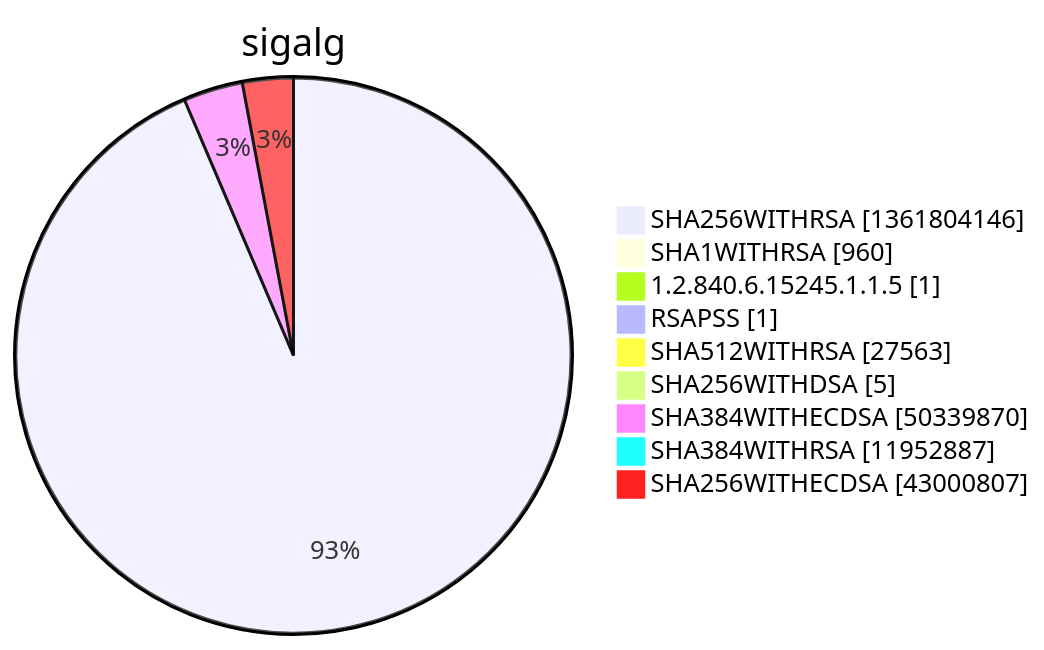
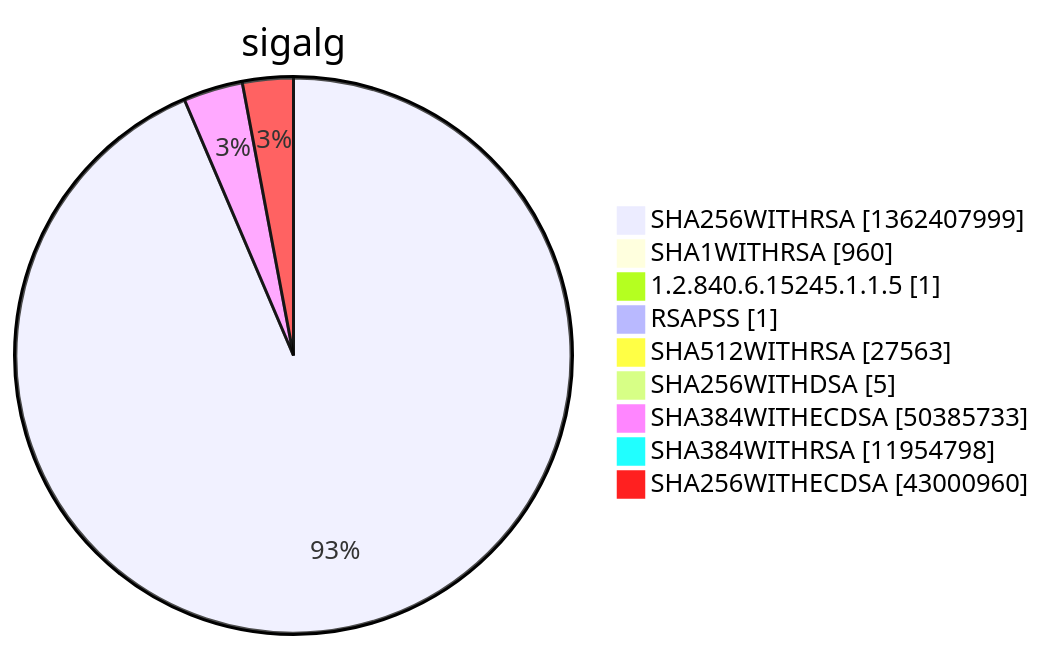
One commit to christiankrug/ctmonitor_visualization changed diagram 15 of 15 in argon2022/README.md. Above: the diagram before and after it, drawn with Mermaid. The commit also changed other lines of this file, not shown here.

````diff
--- a/argon2022/README.md
+++ b/argon2022/README.md
@@ -5524,13 +5524,13 @@
 ```mermaid
 pie showData
 title sigalg
-"SHA256WITHRSA" :1361804146
+"SHA256WITHRSA" :1362407999
 "SHA1WITHRSA" :960
 "1.2.840.6.15245.1.1.5" :1
 "RSAPSS" :1
 "SHA512WITHRSA" :27563
 "SHA256WITHDSA" :5
-"SHA384WITHECDSA" :50339870
-"SHA384WITHRSA" :11952887
-"SHA256WITHECDSA" :43000807
+"SHA384WITHECDSA" :50385733
+"SHA384WITHRSA" :11954798
+"SHA256WITHECDSA" :43000960
 ```
````
